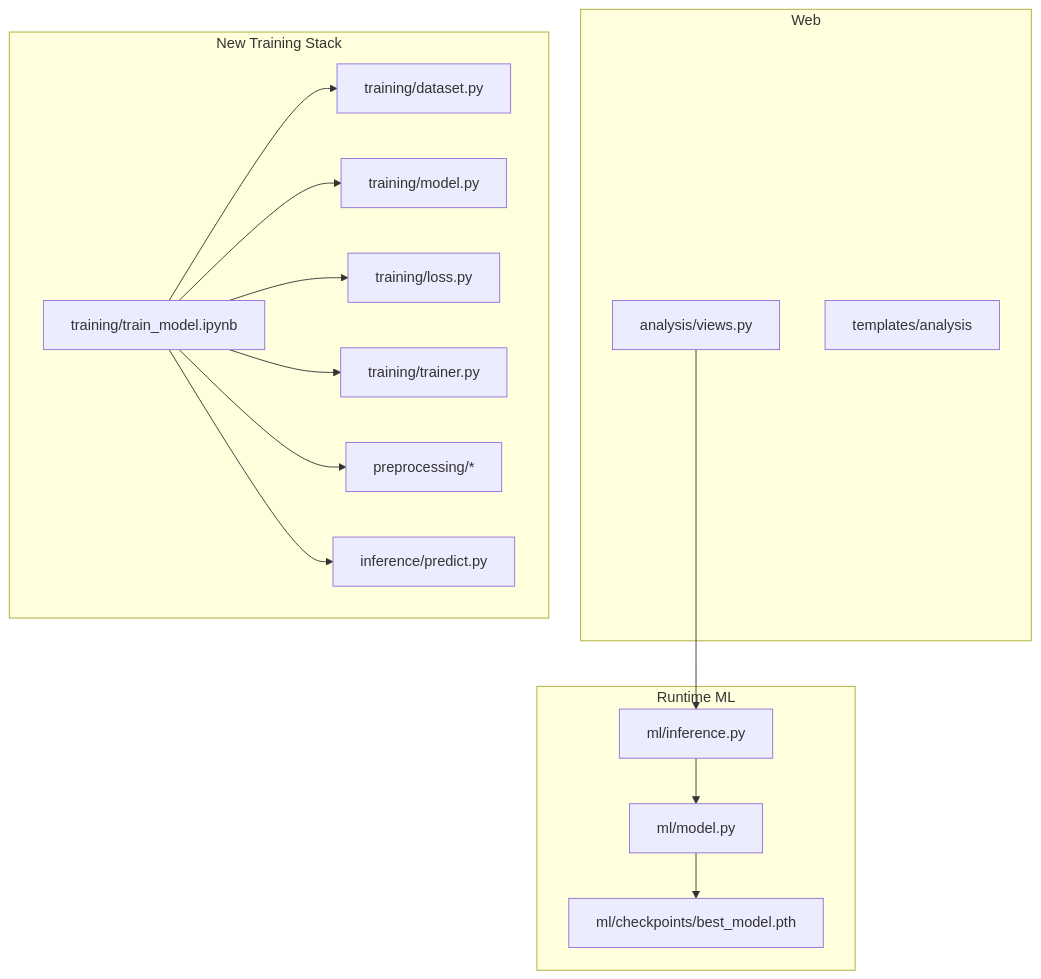
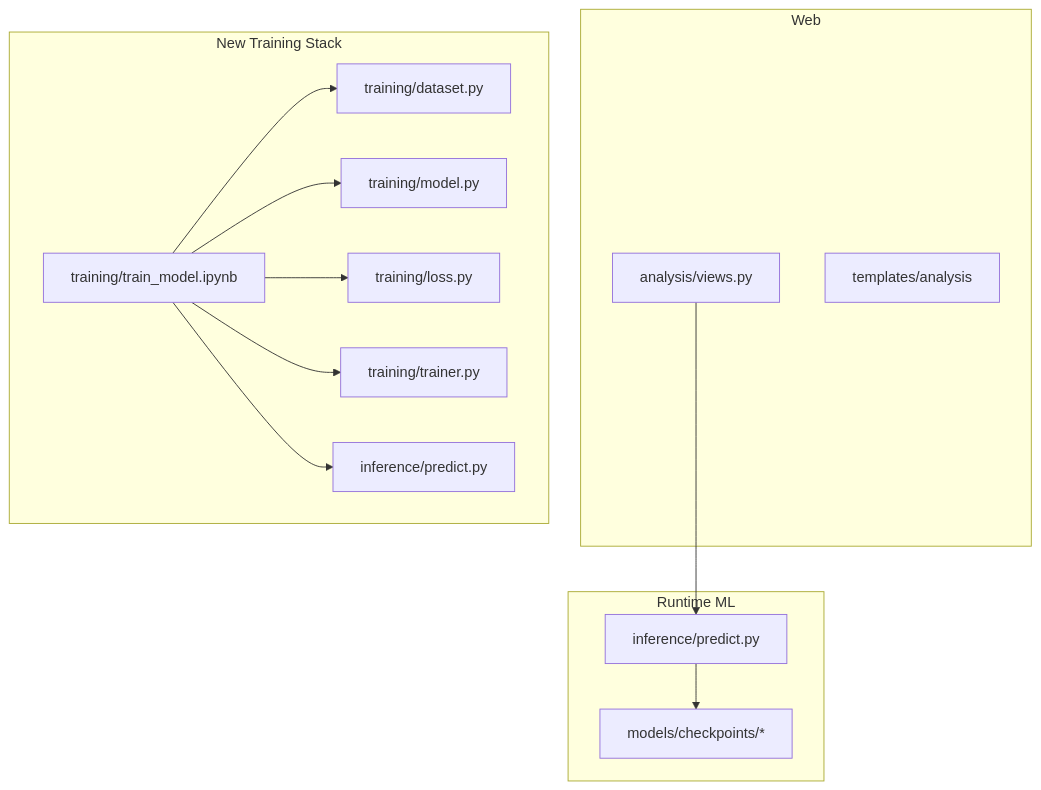
Before and after one commit to mugdh04/Dental_Score_analysis: the second of 2 diagrams in README.md, drawn with Mermaid. The commit also changed other lines of this file and 8 other files, not shown here.

````diff
--- a/README.md
+++ b/README.md
@@ -31,31 +31,28 @@
 ```mermaid
 graph TD
     subgraph Web
       V[analysis/views.py]
       T[templates/analysis]
     end
 
     subgraph Runtime ML
-      I[ml/inference.py]
-      M[ml/model.py]
-      C[ml/checkpoints/best_model.pth]
+      I[inference/predict.py]
+      C[models/checkpoints/*]
     end
 
     subgraph New Training Stack
       TD[training/dataset.py]
       TM[training/model.py]
       TL[training/loss.py]
       TT[training/trainer.py]
       TN[training/train_model.ipynb]
-      PP[preprocessing/*]
       IP[inference/predict.py]
     end
 
-    V --> I --> M --> C
+    V --> I --> C
     TN --> TD
     TN --> TM
     TN --> TL
     TN --> TT
-    TN --> PP
     TN --> IP
 ```
````
